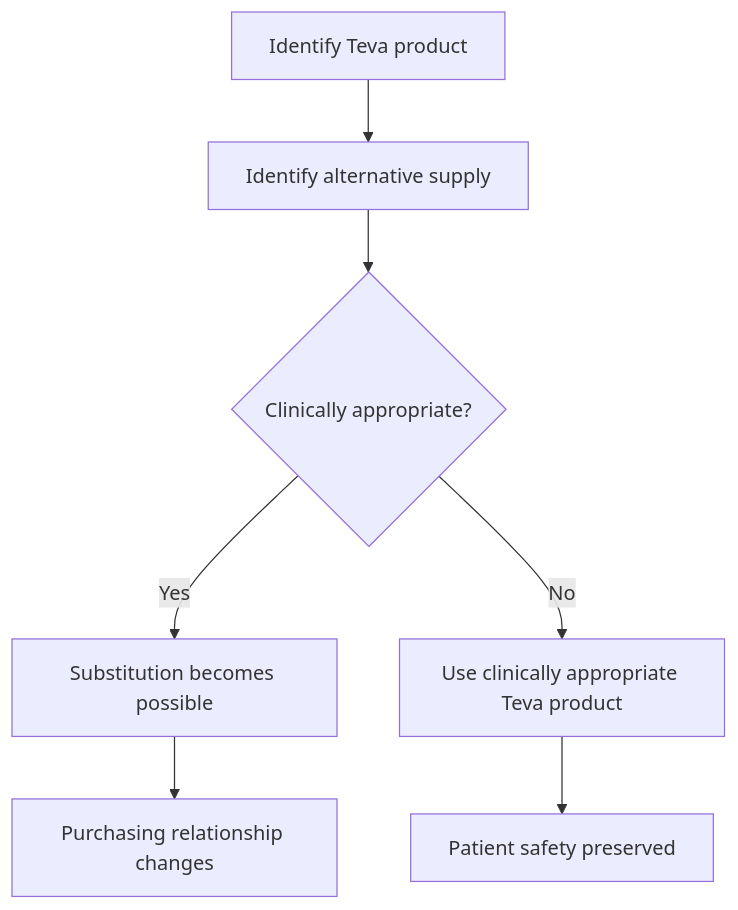
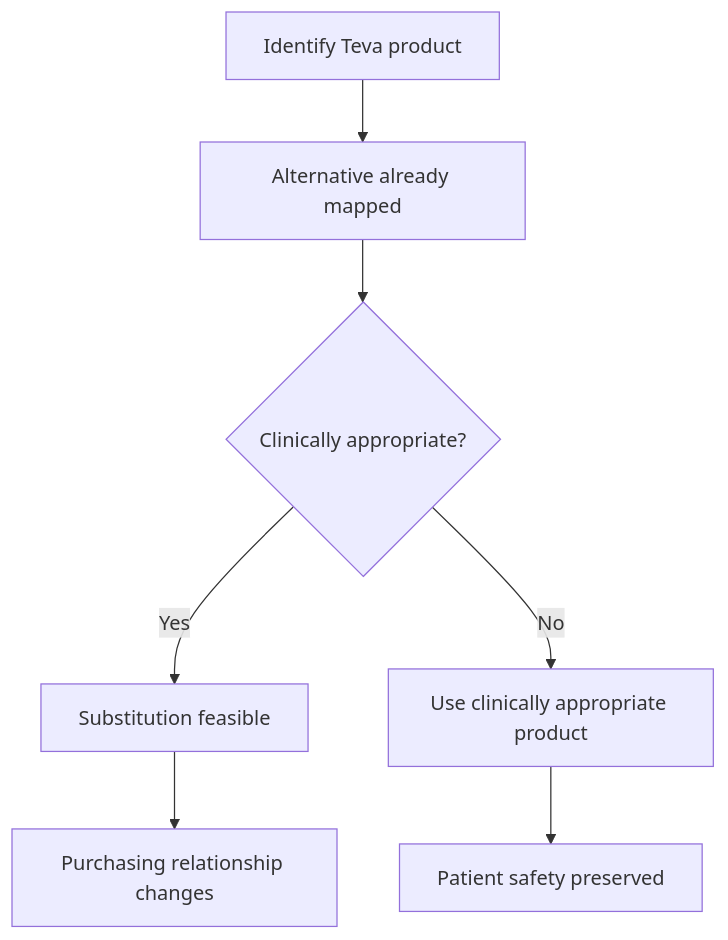
Before and after one commit to josefsbreakfast/Polaris-Protocol: the fourth of 14 diagrams in 🌓_3_In_The_Moment/📲_Press_Matters/🇵🇸_Palestine_Factchecking/🌍_Global_Powers/💸_incentivising_behavioural_change_and_bds.md, drawn with Mermaid. The commit also changed other lines of this file, not shown here.

````diff
--- a/🌓_3_In_The_Moment/📲_Press_Matters/🇵🇸_Palestine_Factchecking/🌍_Global_Powers/💸_incentivising_behavioural_change_and_bds.md
+++ b/🌓_3_In_The_Moment/📲_Press_Matters/🇵🇸_Palestine_Factchecking/🌍_Global_Powers/💸_incentivising_behavioural_change_and_bds.md
@@ -182,12 +137,12 @@
 ```mermaid
 flowchart TD
     A[Identify Teva product]
-    --> B[Identify alternative supply]
+    --> B[Alternative already mapped]
     --> C{Clinically appropriate?}
 
-    C -->|Yes| D[Substitution becomes possible]
-    C -->|No| E[Use clinically appropriate Teva product]
+    C -->|Yes| D[Substitution feasible]
+    C -->|No| E[Use clinically appropriate product]
 
     D --> F[Purchasing relationship changes]
     E --> G[Patient safety preserved]
 ```
````
